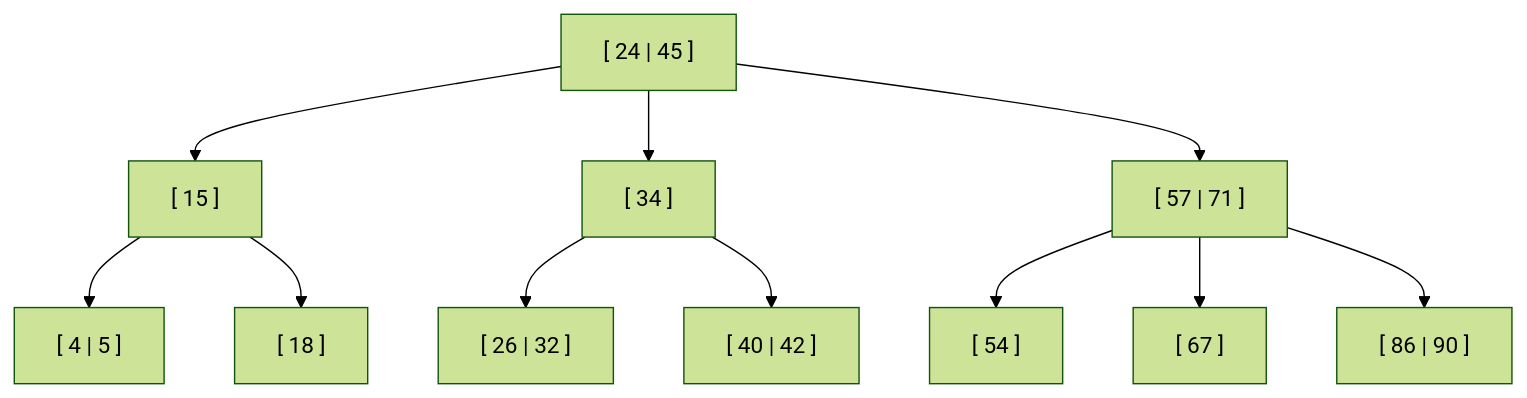
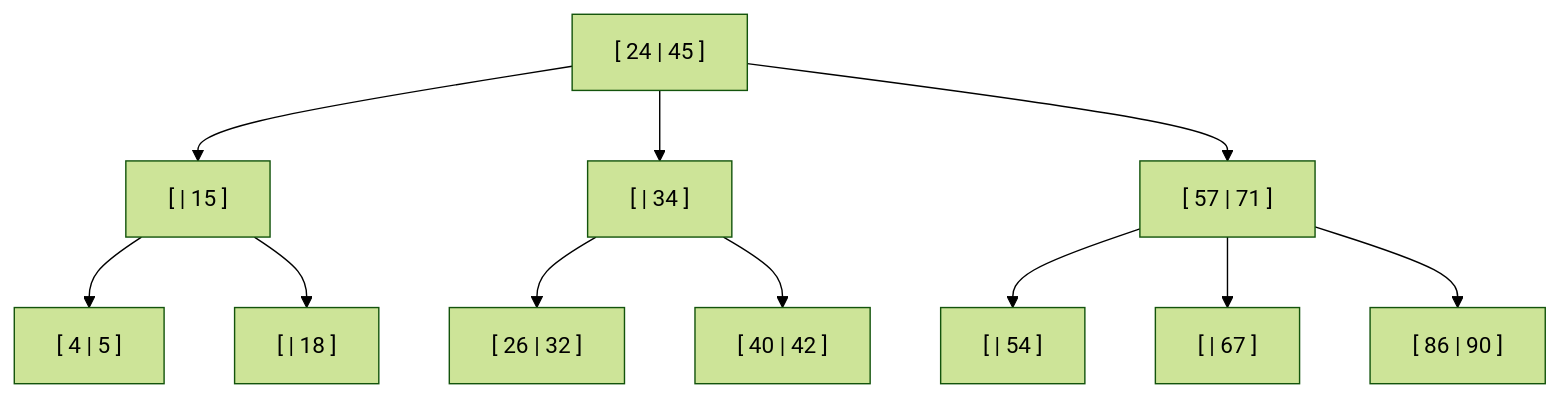
Before and after one commit to IvasiutaM/Algoritmos-II-Consulta: the seventh of 7 diagrams in Unidad 6 Estructuras de Datos no lineales/Árbol2-3-EjercicioParcial.md, drawn with Mermaid (forest theme). The commit also changed other lines of this file, not shown here.

````diff
--- a/Unidad 6 Estructuras de Datos no lineales/Árbol2-3-EjercicioParcial.md
+++ b/Unidad 6 Estructuras de Datos no lineales/Árbol2-3-EjercicioParcial.md
@@ -133,32 +133,32 @@
 ```mermaid
 graph TD
     A["[ 24 | 45 ]"]
 
-    B["[ 15 ]"]
-    C["[ 34 ]"]
+    B["[ | 15 ]"]
+    C["[ | 34 ]"]
     D["[ 57 | 71 ]"]
 
     E["[ 4 | 5 ]"]
-    F["[ 18 ]"]
+    F["[ | 18 ]"]
 
     G["[ 26 | 32 ]"]
     H["[ 40 | 42 ]"]
 
-    I["[ 54 ]"]
-    J["[ 67 ]"]
+    I["[ | 54 ]"]
+    J["[ | 67 ]"]
     K["[ 86 | 90 ]"]
 
     A --> B
     A --> C
     A --> D
 
     B --> E
     B --> F
 
     C --> G
     C --> H
 
     D --> I
     D --> J
     D --> K
 ```
````
